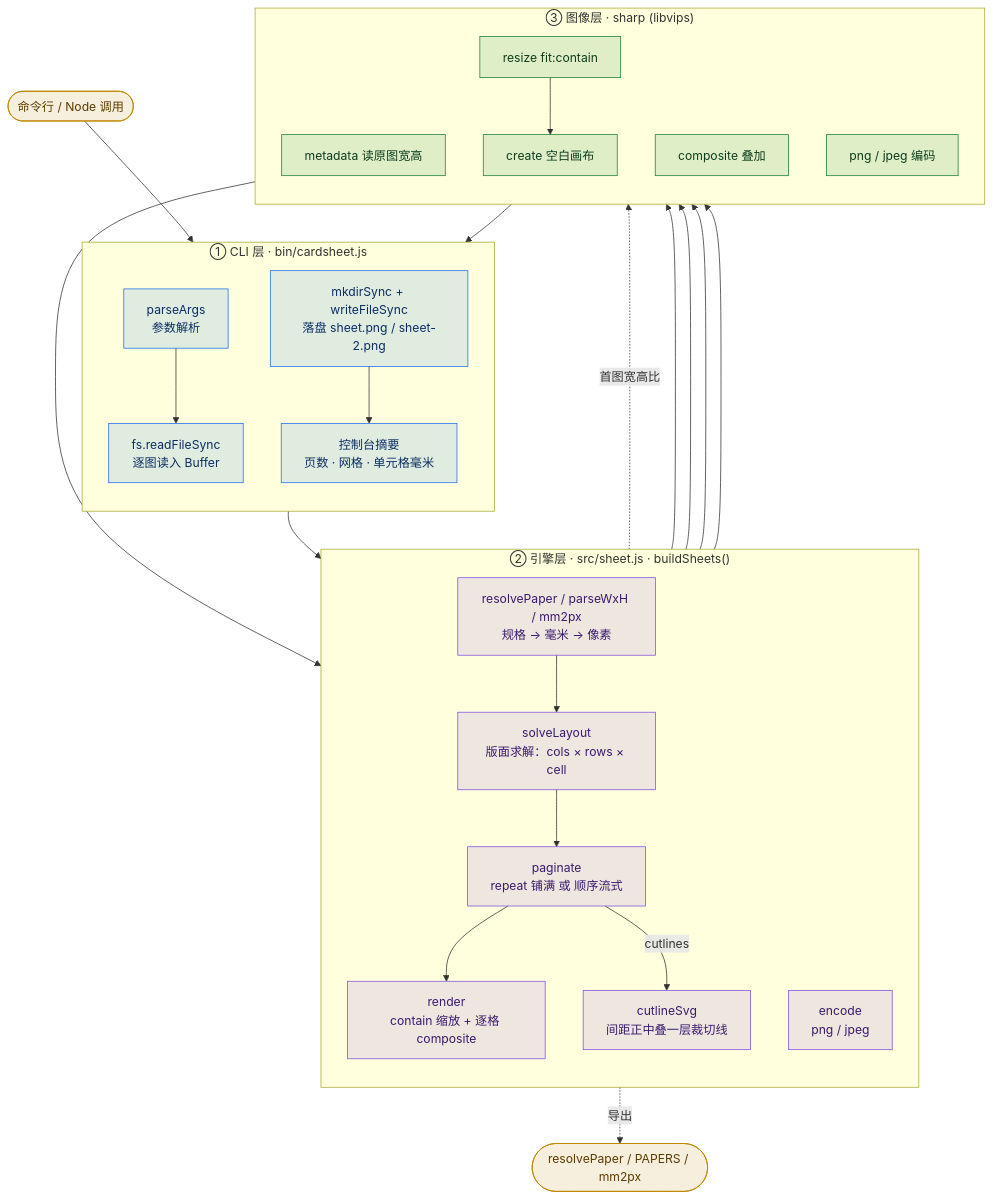
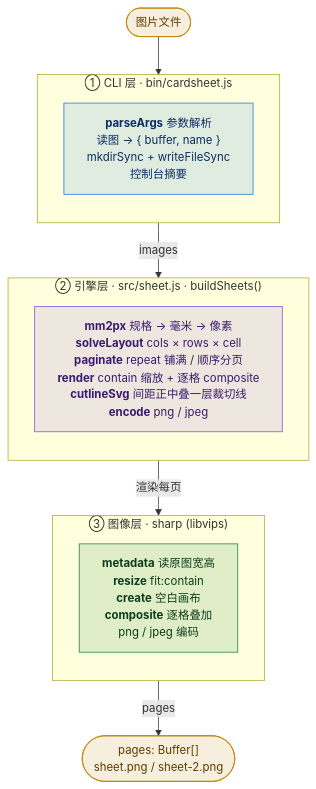
One commit to techysy/CardSheet changed the first of 2 diagrams in docs/architecture.md. Above: the diagram before and after it, drawn with Mermaid. The commit also changed other lines of this file and 10 other files, not shown here.

````diff
--- a/docs/architecture.md
+++ b/docs/architecture.md
@@ -10,46 +10,32 @@
 ```mermaid
+%%{init: {"flowchart": {"wrappingWidth": 460}, "themeVariables": {"fontSize": "15px"}}}%%
 flowchart TB
     classDef cli   fill:#1f6feb22,stroke:#1f6feb,color:#0b2e63
     classDef eng   fill:#8250df22,stroke:#8250df,color:#3b1a70
     classDef lib   fill:#1a7f3722,stroke:#1a7f37,color:#0d3d1c
     classDef io    fill:#bf870022,stroke:#bf8700,color:#5c3c00
 
-    U([命令行 / Node 调用]):::io
+    IN(["图片文件"]):::io
 
     subgraph L1["① CLI 层 · bin/cardsheet.js"]
         direction TB
-        A1[parseArgs<br/>参数解析]:::cli
-        A2[fs.readFileSync<br/>逐图读入 Buffer]:::cli
-        A3[mkdirSync + writeFileSync<br/>落盘 sheet.png / sheet-2.png]:::cli
-        A4[控制台摘要<br/>页数 · 网格 · 单元格毫米]:::cli
+        A["<b>parseArgs</b> 参数解析<br/>读图 → { buffer, name }<br/>mkdirSync + writeFileSync<br/>控制台摘要"]:::cli
     end
 
     subgraph L2["② 引擎层 · src/sheet.js · buildSheets()"]
         direction TB
-        B1[resolvePaper / parseWxH / mm2px<br/>规格 → 毫米 → 像素]:::eng
-        B2[solveLayout<br/>版面求解：cols × rows × cell]:::eng
-        B3[paginate<br/>repeat 铺满 或 顺序流式]:::eng
-        B4[render<br/>contain 缩放 + 逐格 composite]:::eng
-        B5[cutlineSvg<br/>间距正中叠一层裁切线]:::eng
-        B6[encode<br/>png / jpeg]:::eng
+        B["<b>mm2px</b> 规格 → 毫米 → 像素<br/><b>solveLayout</b> cols × rows × cell<br/><b>paginate</b> repeat 铺满 / 顺序分页<br/><b>render</b> contain 缩放 + 逐格 composite<br/><b>cutlineSvg</b> 间距正中叠一层裁切线<br/><b>encode</b> png / jpeg"]:::eng
     end
 
     subgraph L3["③ 图像层 · sharp (libvips)"]
         direction TB
-        C1[metadata 读原图宽高]:::lib
-        C2[resize fit:contain]:::lib
-        C3[create 空白画布]:::lib
-        C4[composite 叠加]:::lib
-        C5[png / jpeg 编码]:::lib
+        C["<b>metadata</b> 读原图宽高<br/><b>resize</b> fit:contain<br/><b>create</b> 空白画布<br/><b>composite</b> 逐格叠加<br/>png / jpeg 编码"]:::lib
     end
 
-    U --> A1 --> A2 --> B1
-    B1 --> B2 --> B3 --> B4
-    B2 -.首图宽高比.-> C1
-    B4 --> C2 --> C3
-    B4 --> C4
-    B3 -->|cutlines| B5 --> C4
-    C4 --> B6 --> C5
-    C5 --> A3 --> A4
-    B1 -.导出.-> E([resolvePaper / PAPERS / mm2px]):::io
+    OUT(["pages: Buffer[]<br/>sheet.png / sheet-2.png"]):::io
+
+    IN --> A
+    A -- "images" --> B
+    B -- "渲染每页" --> C
+    C -- "pages" --> OUT
 ```
````
